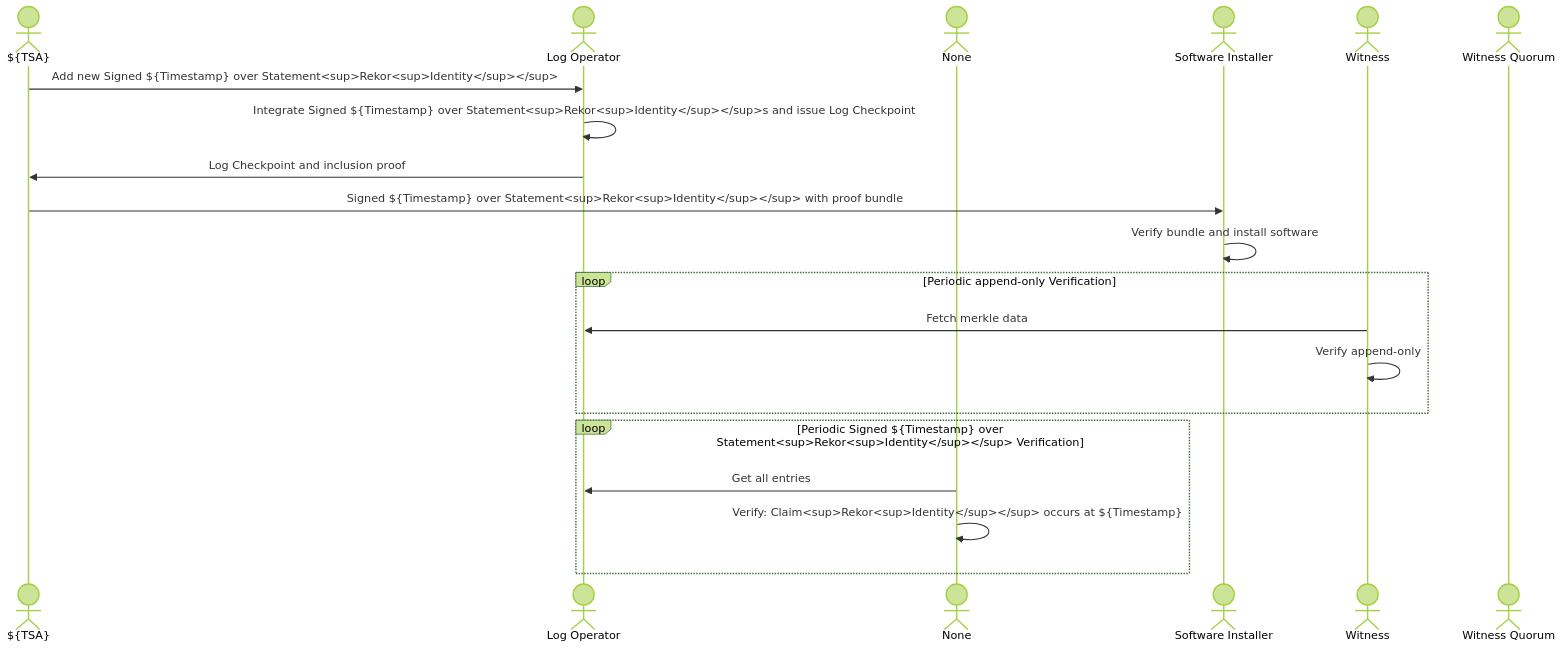
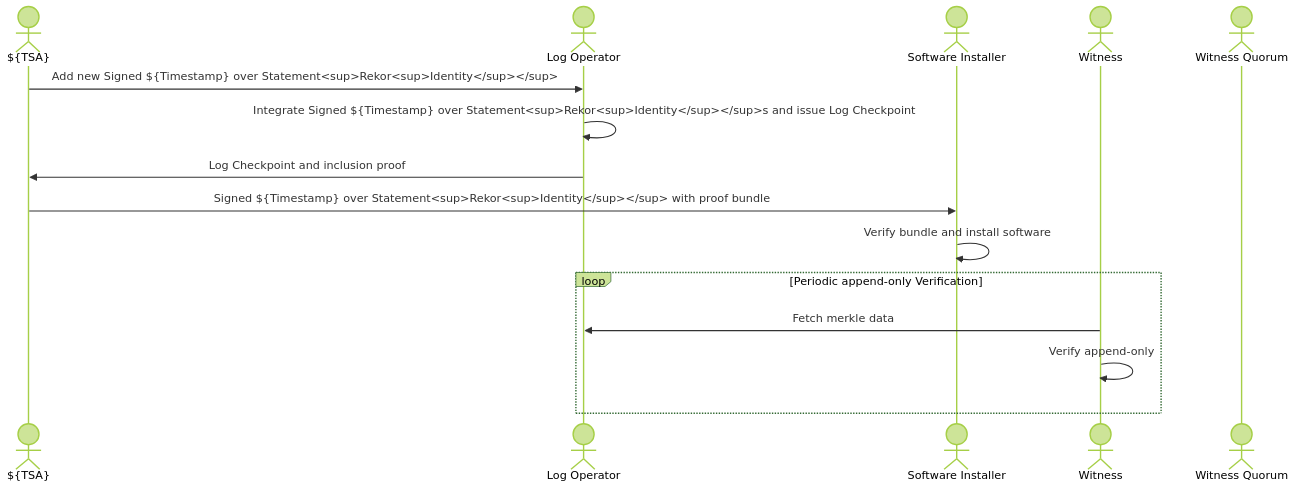
Before and after one commit to sigstore/community: the diagram in docs/claimantmodel/rekor/timestamping/logsequence.md, drawn with Mermaid (forest theme).

Commit message:
Update rekor timestamp sequence diagram to remove verifier

````diff
--- a/docs/claimantmodel/rekor/timestamping/logsequence.md
+++ b/docs/claimantmodel/rekor/timestamping/logsequence.md
@@ -1,22 +1,17 @@
 ```mermaid
 sequenceDiagram
     actor ${TSA}
     actor Log Operator
-    actor None
     actor Software Installer
     actor Witness
     actor Witness Quorum
     ${TSA}->>Log Operator: Add new Signed ${Timestamp} over Statement<sup>Rekor<sup>Identity</sup></sup>
     Log Operator->>Log Operator: Integrate Signed ${Timestamp} over Statement<sup>Rekor<sup>Identity</sup></sup>s and issue Log Checkpoint
     Log Operator->>${TSA}: Log Checkpoint and inclusion proof
     ${TSA}->>Software Installer: Signed ${Timestamp} over Statement<sup>Rekor<sup>Identity</sup></sup> with proof bundle
     Software Installer->>Software Installer: Verify bundle and install software
     loop Periodic append-only Verification
         Witness->>Log Operator: Fetch merkle data
         Witness->>Witness: Verify append-only
     end
-    loop Periodic Signed ${Timestamp} over Statement<sup>Rekor<sup>Identity</sup></sup> Verification
-        None->>Log Operator: Get all entries
-        None->>None: Verify: Claim<sup>Rekor<sup>Identity</sup></sup> occurs at ${Timestamp}
-    end
 ```
````
